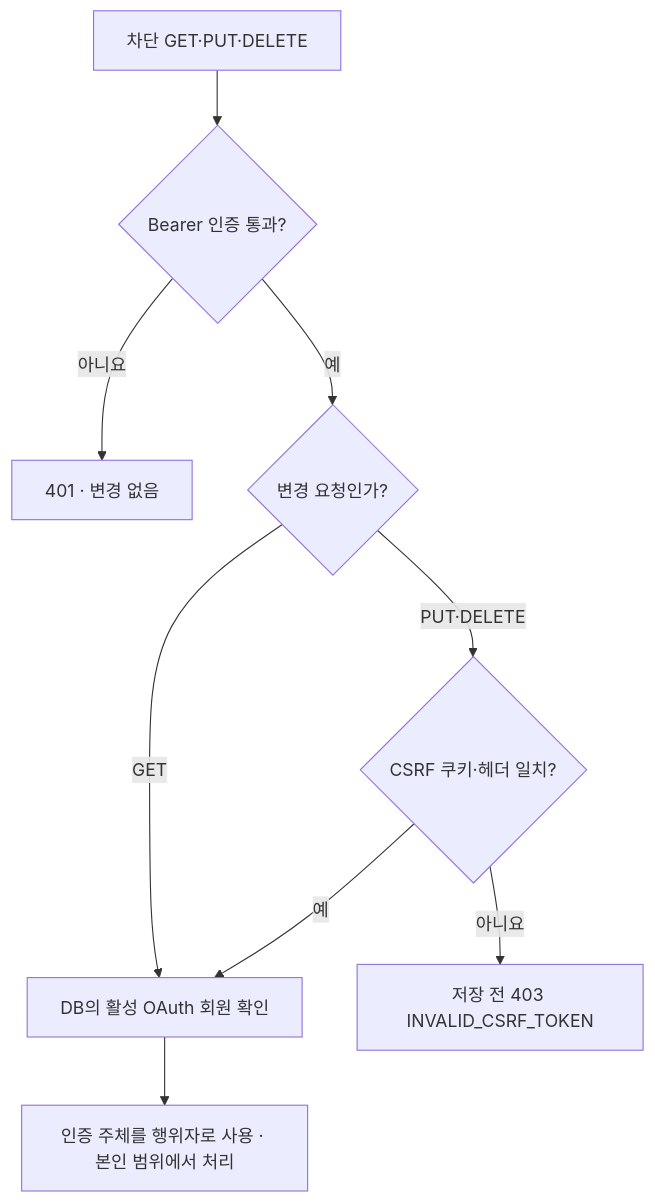
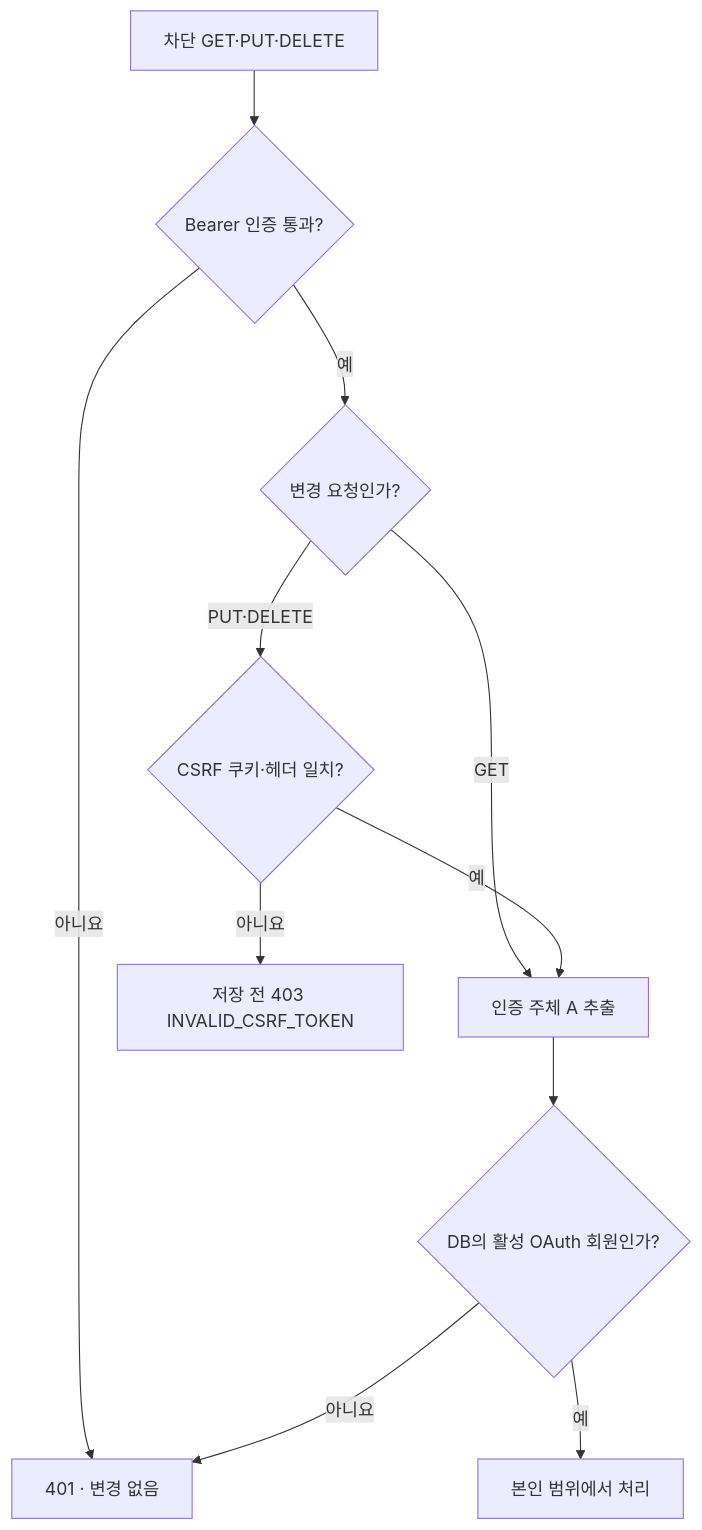
Before and after one commit to woowacourse-teams/2026-Harudle: the first of 14 diagrams in backend/docs/user-blocking-scenarios.md, drawn with Mermaid.

Commit message:
docs(BE): 차단 인증 주체와 활성 회원 분기 보완

````diff
--- a/backend/docs/user-blocking-scenarios.md
+++ b/backend/docs/user-blocking-scenarios.md
@@ -24,11 +24,13 @@
 ```mermaid
 flowchart TD
     START["차단 GET·PUT·DELETE"] --> BEARER{"Bearer 인증 통과?"}
     BEARER -->|아니요| UNAUTH["401 · 변경 없음"]
     BEARER -->|예| METHOD{"변경 요청인가?"}
-    METHOD -->|GET| MEMBER["DB의 활성 OAuth 회원 확인"]
+    METHOD -->|GET| ACTOR["인증 주체 A 추출"]
     METHOD -->|PUT·DELETE| CSRF{"CSRF 쿠키·헤더 일치?"}
     CSRF -->|아니요| REJECT["저장 전 403 INVALID_CSRF_TOKEN"]
-    CSRF -->|예| MEMBER
-    MEMBER --> ACTOR["인증 주체를 행위자로 사용 · 본인 범위에서 처리"]
+    CSRF -->|예| ACTOR
+    ACTOR --> MEMBER{"DB의 활성 OAuth 회원인가?"}
+    MEMBER -->|아니요| UNAUTH
+    MEMBER -->|예| HANDLE["본인 범위에서 처리"]
 ```
````
